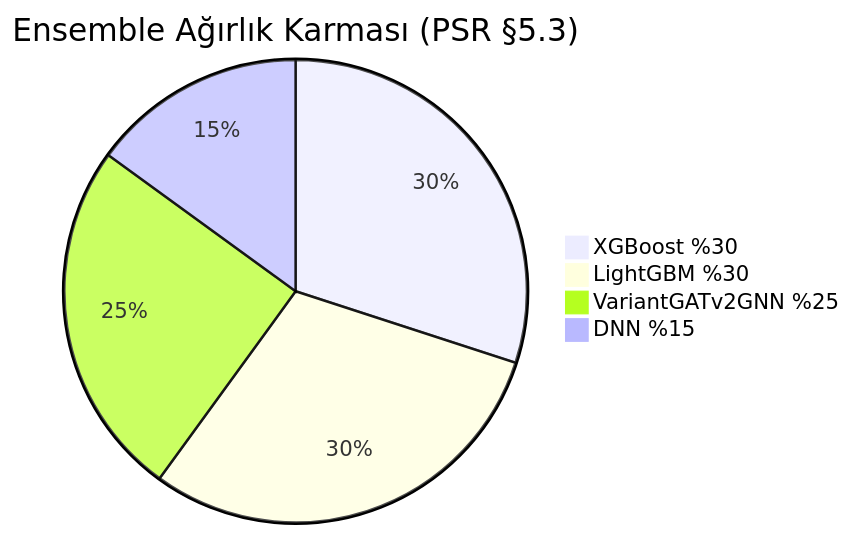
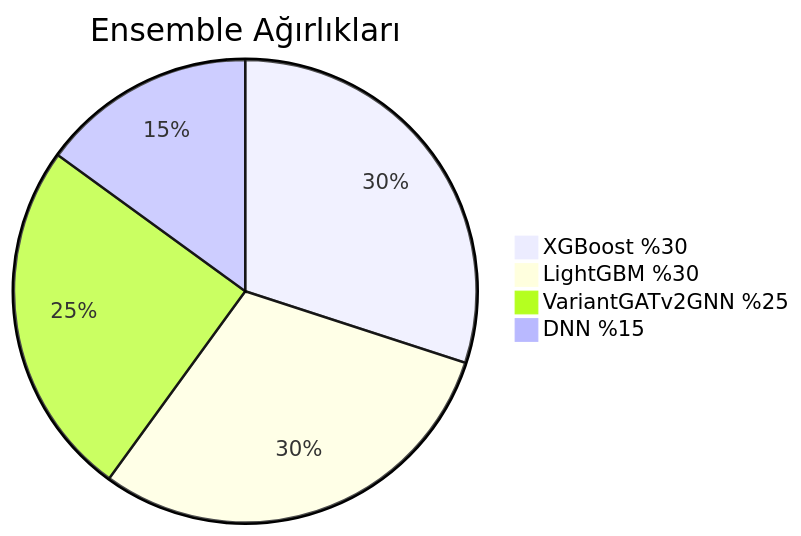
Before and after one commit to msgxr/VARIANT-GNN: the third of 6 diagrams in README.md, drawn with Mermaid. The commit also changed other lines of this file, not shown here.

````diff
--- a/README.md
+++ b/README.md
@@ -293,7 +175,7 @@
 ```mermaid
-pie title Ensemble Ağırlık Karması (PSR §5.3)
+pie title Ensemble Ağırlıkları
     "XGBoost %30" : 30
     "LightGBM %30" : 30
     "VariantGATv2GNN %25" : 25
     "DNN %15" : 15
 ```
````
